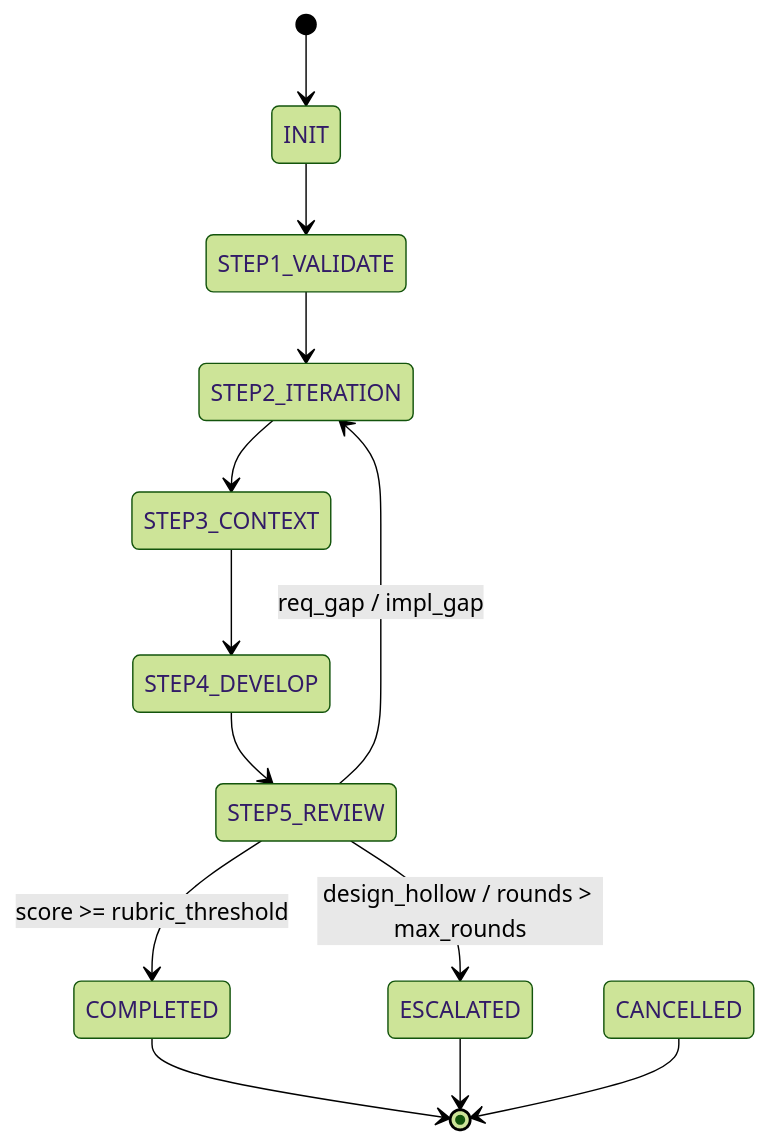
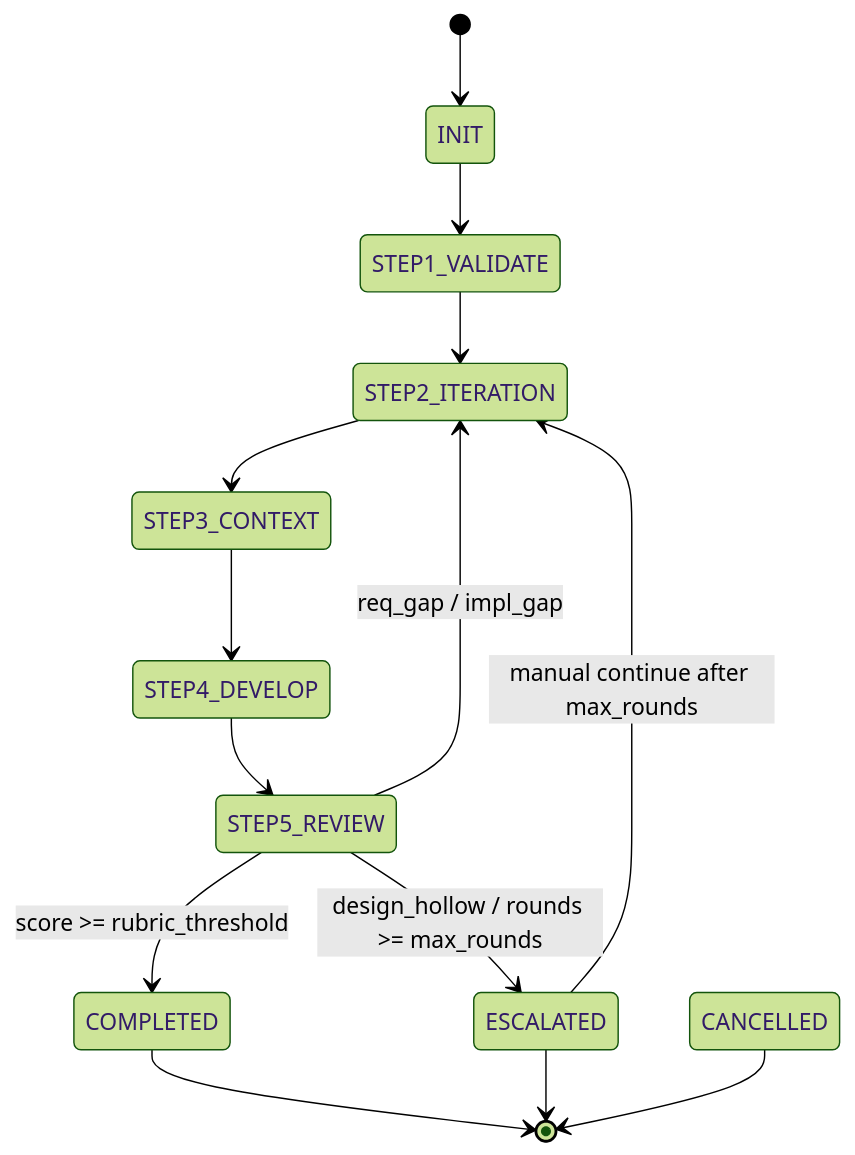
The sixth of 6 diagrams in README.md (vaxtomis/cooagents), drawn with Mermaid (forest theme) before and after one commit. The commit also changed 18 other files, not shown here.

Commit message:
fix: guard DevWork review retries and max rounds

````diff
--- a/README.md
+++ b/README.md
@@ -293,15 +293,16 @@
 ```mermaid
 stateDiagram-v2
   [*] --> INIT
   INIT --> STEP1_VALIDATE
   STEP1_VALIDATE --> STEP2_ITERATION
   STEP2_ITERATION --> STEP3_CONTEXT
   STEP3_CONTEXT --> STEP4_DEVELOP
   STEP4_DEVELOP --> STEP5_REVIEW
   STEP5_REVIEW --> COMPLETED: score >= rubric_threshold
   STEP5_REVIEW --> STEP2_ITERATION: req_gap / impl_gap
-  STEP5_REVIEW --> ESCALATED: design_hollow / rounds > max_rounds
+  STEP5_REVIEW --> ESCALATED: design_hollow / rounds >= max_rounds
+  ESCALATED --> STEP2_ITERATION: manual continue after max_rounds
   COMPLETED --> [*]
   ESCALATED --> [*]
   CANCELLED --> [*]
 ```
````
